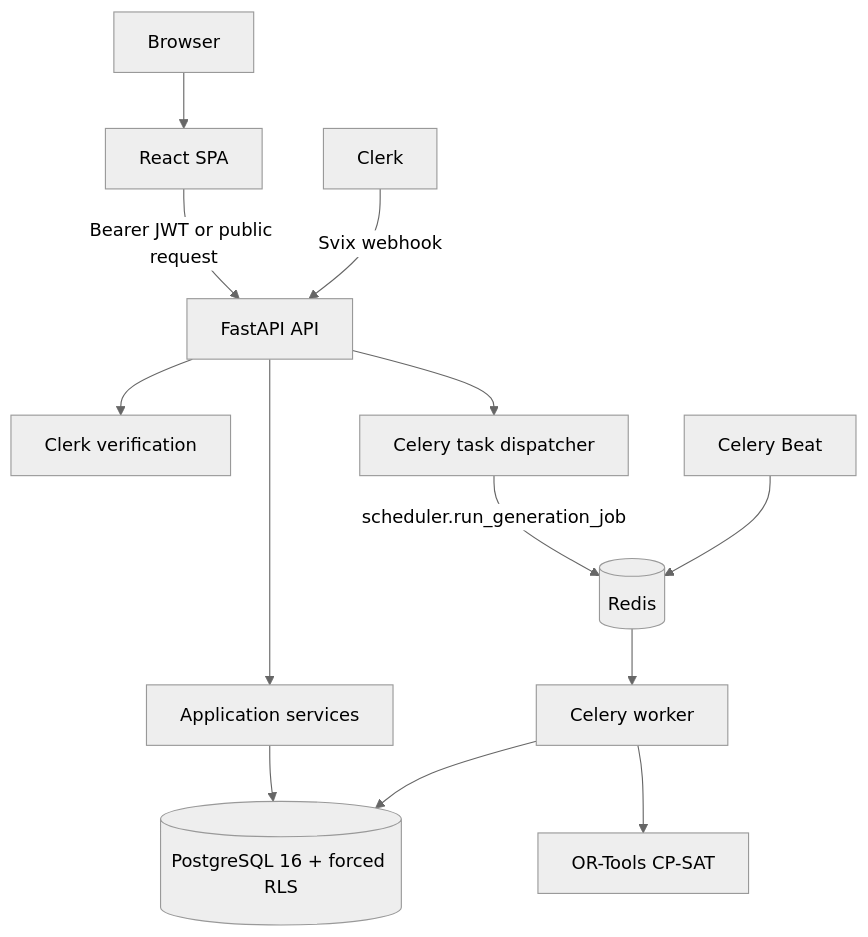
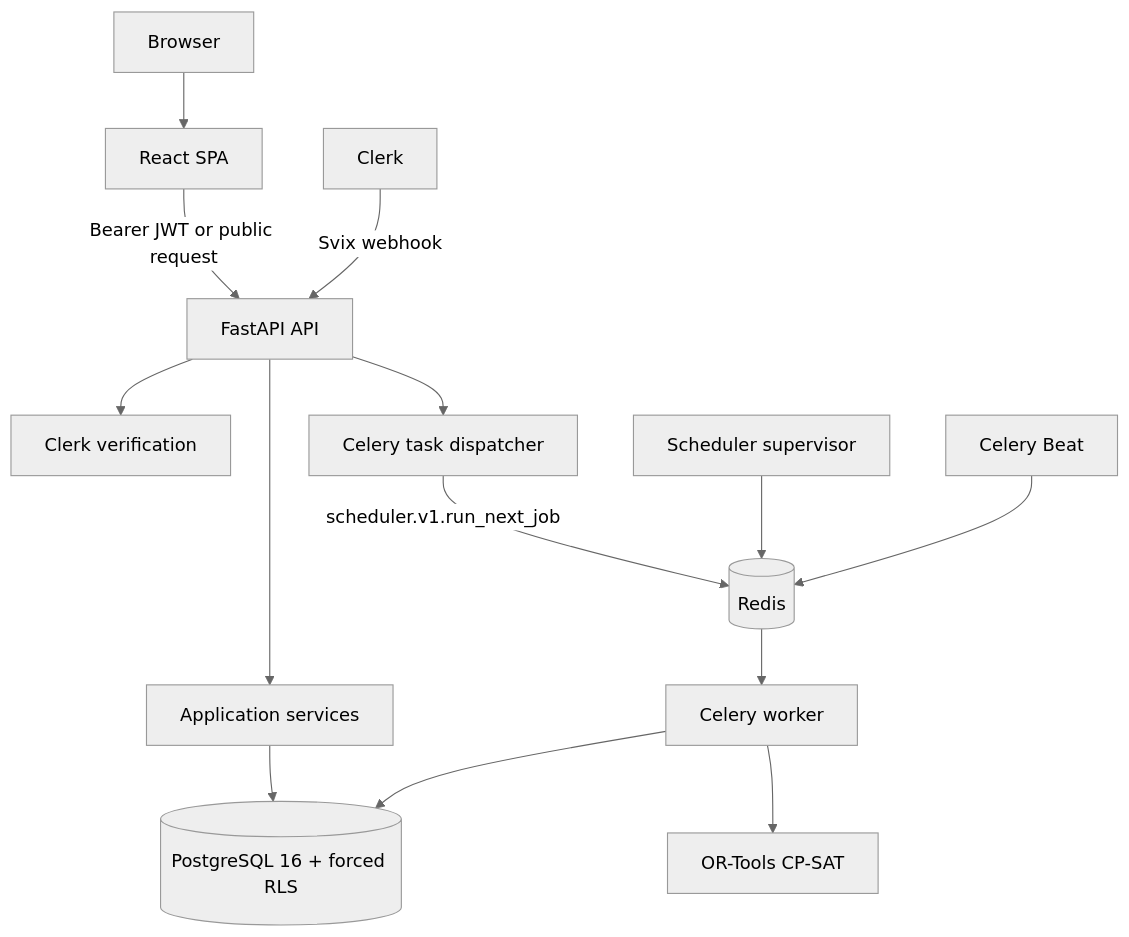
Before and after one commit to ORIOP25/Cronos: the diagram in documentation/01_system_architecture/SYSTEM_ARCHITECTURE.md, drawn with Mermaid (neutral theme). The commit also changed other lines of this file and 113 other files, not shown here.

````diff
--- a/documentation/01_system_architecture/SYSTEM_ARCHITECTURE.md
+++ b/documentation/01_system_architecture/SYSTEM_ARCHITECTURE.md
@@ -46,15 +49,16 @@
 ```mermaid
 flowchart TD
     Browser[Browser] --> SPA[React SPA]
     SPA -->|Bearer JWT or public request| API[FastAPI API]
     API --> Auth[Clerk verification]
     API --> Services[Application services]
     Services --> DB[(PostgreSQL 16 + forced RLS)]
     API --> Dispatcher[Celery task dispatcher]
-    Dispatcher -->|scheduler.run_generation_job| Redis[(Redis)]
+    Dispatcher -->|scheduler.v1.run_next_job| Redis[(Redis)]
     Redis --> Worker[Celery worker]
     Worker --> Solver[OR-Tools CP-SAT]
     Worker --> DB
+    Supervisor[Scheduler supervisor] --> Redis
     Beat[Celery Beat] --> Redis
     Clerk[Clerk] -->|Svix webhook| API
 ```
````
